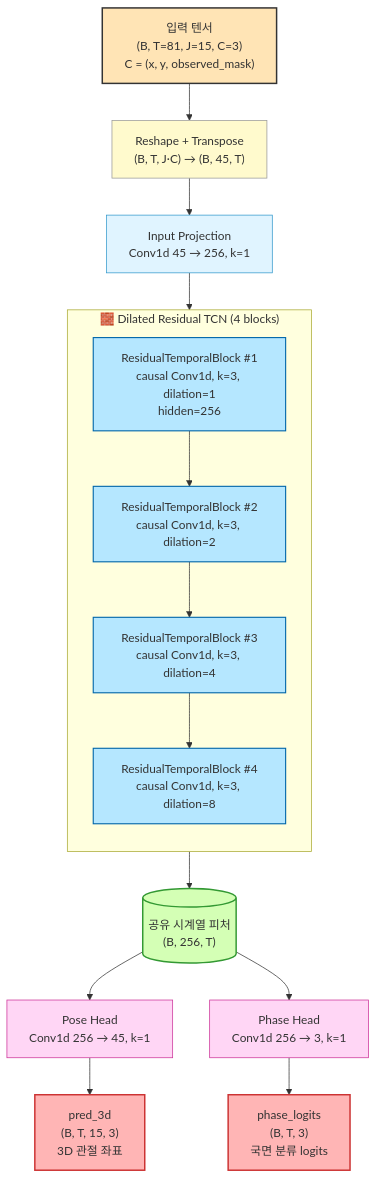
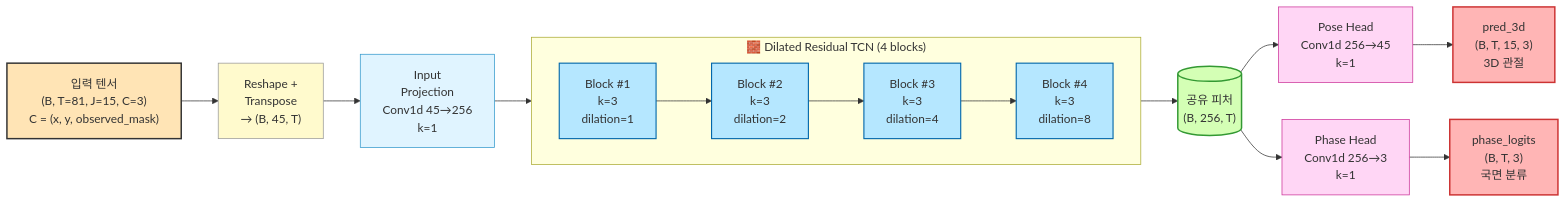
Before and after one commit to yeongjong0220/longstone: the third of 5 diagrams in live_ai_coach_v4_bundle/README.md, drawn with Mermaid.

````diff
--- a/live_ai_coach_v4_bundle/README.md
+++ b/live_ai_coach_v4_bundle/README.md
@@ -82,32 +82,32 @@
 ```mermaid
-flowchart TB
+flowchart LR
     Input["입력 텐서<br/>(B, T=81, J=15, C=3)<br/>C = (x, y, observed_mask)"]:::io
-    Input --> Reshape["Reshape + Transpose<br/>(B, T, J·C) → (B, 45, T)"]:::reshape
-    Reshape --> Proj["Input Projection<br/>Conv1d 45 → 256, k=1"]:::proj
+    Input --> Reshape["Reshape +<br/>Transpose<br/>→ (B, 45, T)"]:::reshape
+    Reshape --> Proj["Input<br/>Projection<br/>Conv1d 45→256<br/>k=1"]:::proj
 
     Proj --> B1
     subgraph TCN["🧱 Dilated Residual TCN (4 blocks)"]
-        direction TB
-        B1["ResidualTemporalBlock #1<br/>causal Conv1d, k=3, dilation=1<br/>hidden=256"]:::block
-        B2["ResidualTemporalBlock #2<br/>causal Conv1d, k=3, dilation=2"]:::block
-        B3["ResidualTemporalBlock #3<br/>causal Conv1d, k=3, dilation=4"]:::block
-        B4["ResidualTemporalBlock #4<br/>causal Conv1d, k=3, dilation=8"]:::block
+        direction LR
+        B1["Block #1<br/>k=3<br/>dilation=1"]:::block
+        B2["Block #2<br/>k=3<br/>dilation=2"]:::block
+        B3["Block #3<br/>k=3<br/>dilation=4"]:::block
+        B4["Block #4<br/>k=3<br/>dilation=8"]:::block
         B1 --> B2 --> B3 --> B4
     end
 
-    B4 --> Feat[("공유 시계열 피처<br/>(B, 256, T)")]:::feat
+    B4 --> Feat[("공유 피처<br/>(B, 256, T)")]:::feat
 
-    Feat --> PoseHead["Pose Head<br/>Conv1d 256 → 45, k=1"]:::head
-    Feat --> PhaseHead["Phase Head<br/>Conv1d 256 → 3, k=1"]:::head
+    Feat --> PoseHead["Pose Head<br/>Conv1d 256→45<br/>k=1"]:::head
+    Feat --> PhaseHead["Phase Head<br/>Conv1d 256→3<br/>k=1"]:::head
 
-    PoseHead --> Pose3D["pred_3d<br/>(B, T, 15, 3)<br/>3D 관절 좌표"]:::out
-    PhaseHead --> Phase["phase_logits<br/>(B, T, 3)<br/>국면 분류 logits"]:::out
+    PoseHead --> Pose3D["pred_3d<br/>(B, T, 15, 3)<br/>3D 관절"]:::out
+    PhaseHead --> Phase["phase_logits<br/>(B, T, 3)<br/>국면 분류"]:::out
 
     classDef io fill:#FFE4B5,stroke:#333,stroke-width:2px
     classDef reshape fill:#FFFACD,stroke:#999
     classDef proj fill:#E0F4FF,stroke:#3399cc
     classDef block fill:#B5E7FF,stroke:#0066aa,stroke-width:1.5px
     classDef feat fill:#D4FFB5,stroke:#339933,stroke-width:2px
     classDef head fill:#FFD6F5,stroke:#cc3399
     classDef out fill:#FFB5B5,stroke:#cc3333,stroke-width:2px
 ```
````
